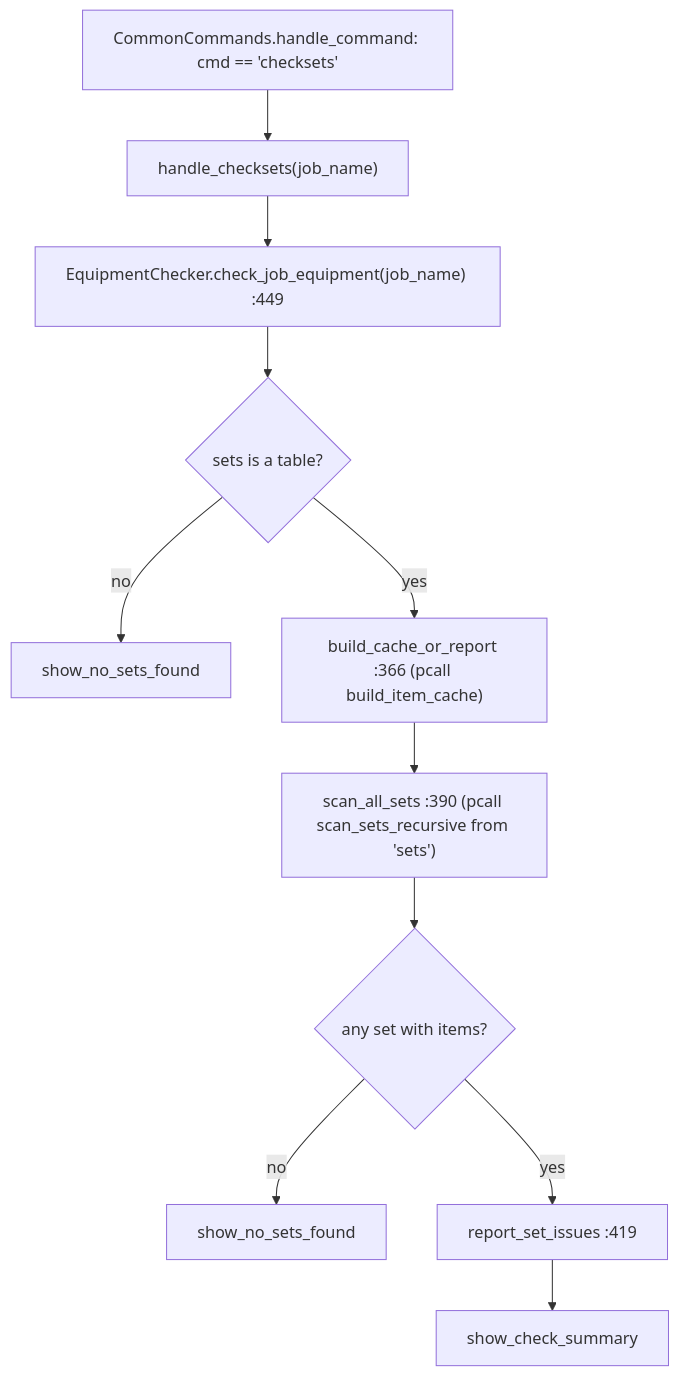
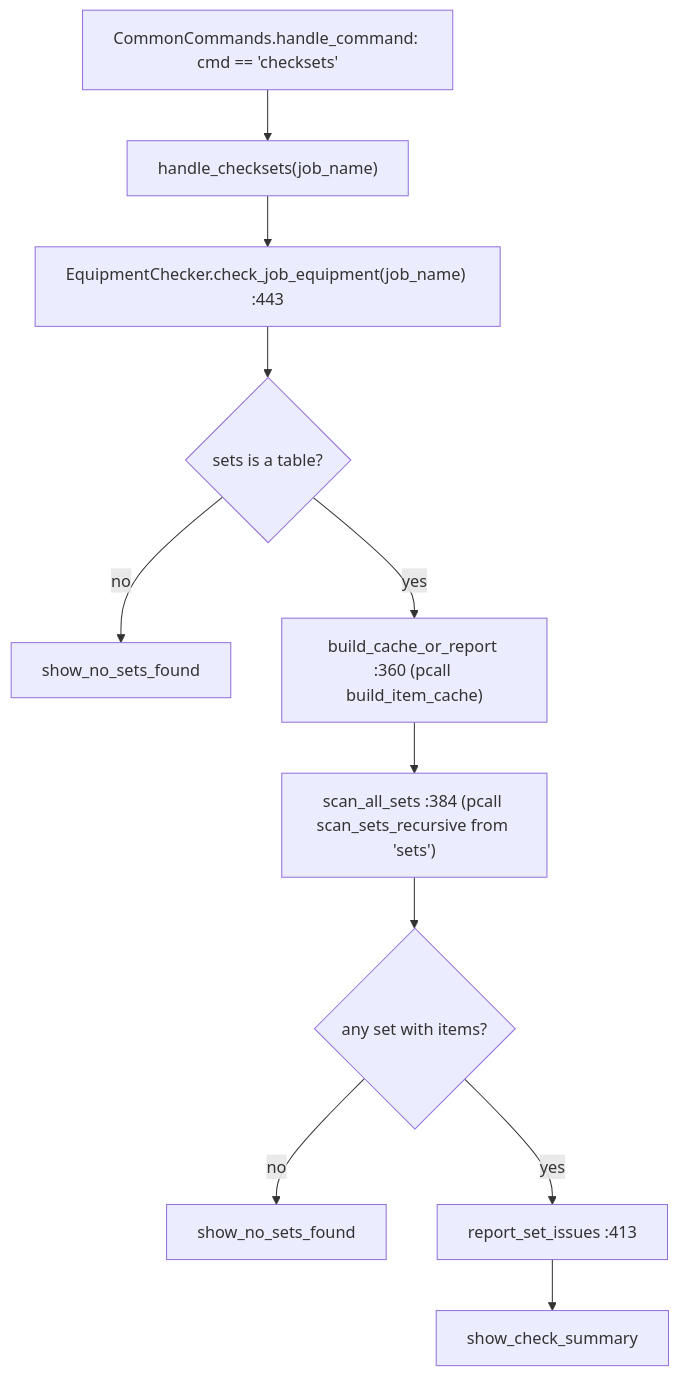
One commit to ejouanchicot/Gearswap changed the first of 3 diagrams in docs/dev/systems/equipment-and-inventory.md. Above: the diagram before and after it, drawn with Mermaid. The commit also changed other lines of this file and 83 other files, not shown here.

````diff
--- a/docs/dev/systems/equipment-and-inventory.md
+++ b/docs/dev/systems/equipment-and-inventory.md
@@ -107,13 +107,13 @@
 ```mermaid
 flowchart TD
     A["CommonCommands.handle_command: cmd == 'checksets'"] --> B["handle_checksets(job_name)"]
-    B --> C["EquipmentChecker.check_job_equipment(job_name) :449"]
+    B --> C["EquipmentChecker.check_job_equipment(job_name) :443"]
     C --> D{"sets is a table?"}
     D -- no --> X1["show_no_sets_found"]
-    D -- yes --> E["build_cache_or_report :366 (pcall build_item_cache)"]
-    E --> F["scan_all_sets :390 (pcall scan_sets_recursive from 'sets')"]
+    D -- yes --> E["build_cache_or_report :360 (pcall build_item_cache)"]
+    E --> F["scan_all_sets :384 (pcall scan_sets_recursive from 'sets')"]
     F --> G{"any set with items?"}
     G -- no --> X2["show_no_sets_found"]
-    G -- yes --> H["report_set_issues :419"]
+    G -- yes --> H["report_set_issues :413"]
     H --> I["show_check_summary"]
 ```
````
